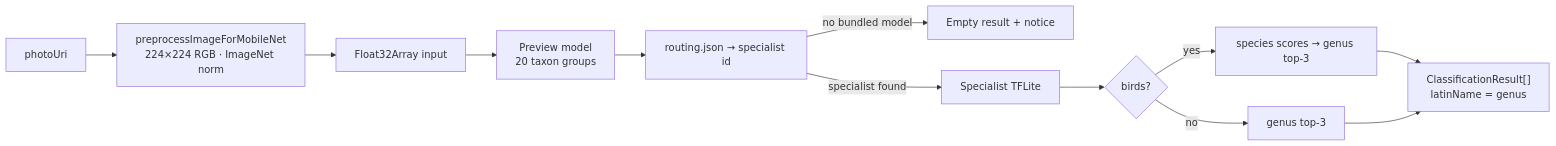
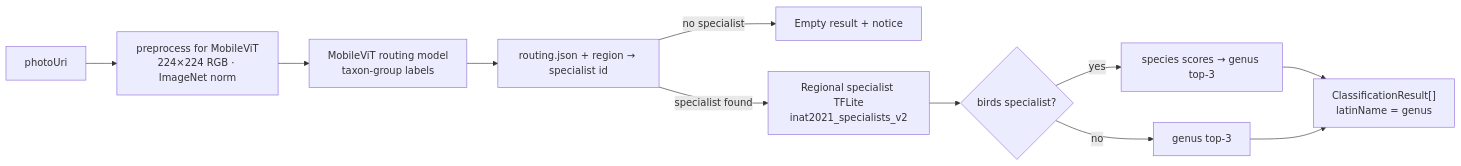
Before and after one commit to vonderasche/near-nature: the eighth of 12 diagrams in docs/ARCHITECTURE.md, drawn with Mermaid. The commit also changed other lines of this file and 27 other files, not shown here.

````diff
--- a/docs/ARCHITECTURE.md
+++ b/docs/ARCHITECTURE.md
@@ -184,17 +271,15 @@
 ```mermaid
 flowchart LR
-  Photo[photoUri] --> Pre["preprocessImageForMobileNet<br/>224×224 RGB · ImageNet norm"]
-  Pre --> Float["Float32Array input"]
+  Photo[photoUri] --> Pre["preprocess for MobileViT<br/>224×224 RGB · ImageNet norm"]
+  Pre --> Route["MobileViT routing model<br/>taxon-group labels"]
+  Route --> Resolve["routing.json + region → specialist id"]
+  Resolve -->|no specialist| Empty[Empty result + notice]
+  Resolve -->|specialist found| Spec["Regional specialist TFLite<br/>inat2021_specialists_v2"]
 
-  Float --> Preview["Preview model<br/>20 taxon groups"]
-  Preview --> Route["routing.json → specialist id"]
-  Route -->|no bundled model| Empty[Empty result + notice]
-  Route -->|specialist found| Spec["Specialist TFLite"]
-
-  Spec --> Birds{birds?}
+  Spec --> Birds{birds specialist?}
   Birds -->|yes| Rollup["species scores → genus top-3"]
   Birds -->|no| Genus["genus top-3"]
 
   Rollup --> Out["ClassificationResult[]<br/>latinName = genus"]
   Genus --> Out
 ```
````
